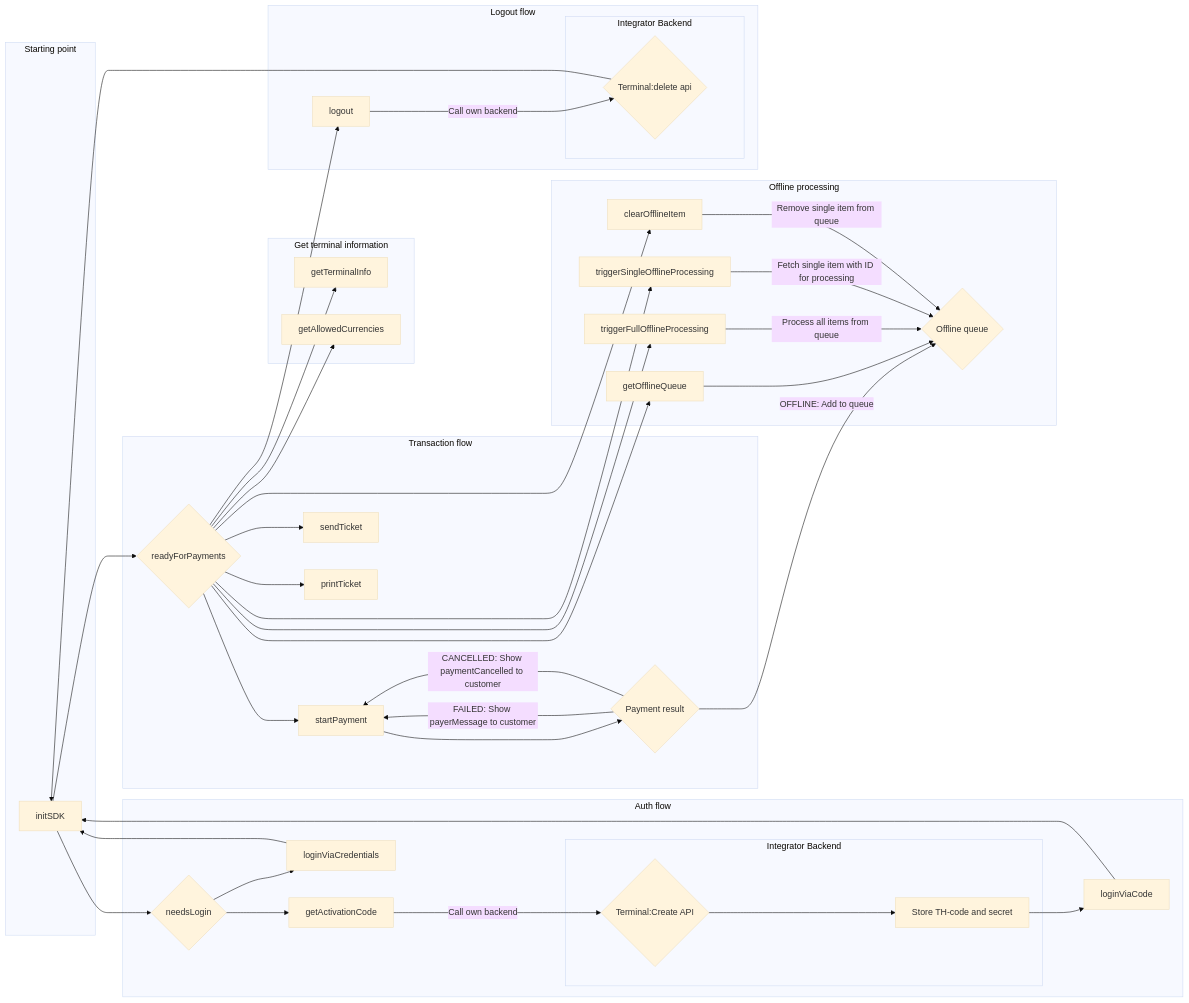
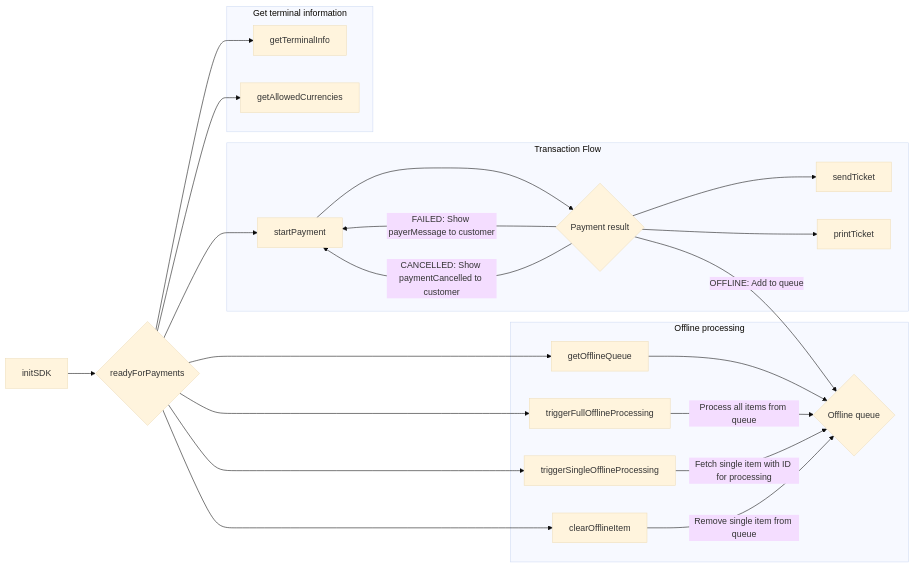
One commit to paynl/POS.SDK changed the second of 3 diagrams in docs/sdk-android-pax.md. Above: the diagram before and after it, drawn with Mermaid (base theme). The commit also changed other lines of this file and 4 other files, not shown here.

````diff
--- a/docs/sdk-android-pax.md
+++ b/docs/sdk-android-pax.md
@@ -115,54 +153,42 @@
 ```mermaid
 flowchart LR;
-  subgraph Starting point
   A[initSDK]
-  end
- 
-  subgraph Auth flow
-  A --> M{needsLogin}
-  M --> C[getActivationCode]
-  C --> |Call own backend| D{Terminal:Create API}
-  subgraph Integrator Backend
-        D --> D2[Store TH-code and secret]
-  end
-  D2 --> E[loginViaCode]
-  E --> A
-  M --> G[loginViaCredentials]
-  G --> A
-  end
-  
-  subgraph Transaction flow
-  A --> B{readyForPayments}
-  B --> F[startPayment]
-  F --> H{Payment result}
-  B --> N[sendTicket]
-  B --> T[printTicket]
-  H --> |FAILED: Show payerMessage to customer| F
-  H --> |CANCELLED: Show paymentCancelled to customer| F
+  B{readyForPayments}
+  A-->B
+  B --> I
+  B --> J
+  B --> P
+  B --> Q
+  B --> R
+  B --> S
+  B --> F
+
+
+
+  subgraph Transaction Flow
+    F[startPayment]
+    F --> H{Payment result}
+    H --> N[sendTicket]
+    H --> T[printTicket]
+
+    H --> |FAILED: Show payerMessage to customer| F
+    H --> |CANCELLED: Show paymentCancelled to customer| F
   end
 
   subgraph Get terminal information
-  B --> I[getTerminalInfo]
-  B --> J[getAllowedCurrencies]
+    I[getTerminalInfo]
+    J[getAllowedCurrencies]
   end
 
   subgraph Offline processing
-  H -->|OFFLINE: Add to queue| O{Offline queue}
-  B --> P[getOfflineQueue]
-  P --> O
-  B --> Q[triggerFullOfflineProcessing]
-  Q -->|Process all items from queue| O
-  B --> R[triggerSingleOfflineProcessing]
-  R -->|Fetch single item with ID for processing| O
-  B --> S[clearOfflineItem]
-  S -->|Remove single item from queue| O
-  end
-  
-  subgraph Logout flow
-  B --> K[logout]
-  K --> |Call own backend| L{Terminal:delete api}
-  subgraph Integrator Backend
-        L --> A
-  end
+    H -->|OFFLINE: Add to queue| O{Offline queue}
+    P[getOfflineQueue]
+    P --> O
+    Q[triggerFullOfflineProcessing]
+    Q -->|Process all items from queue| O
+    R[triggerSingleOfflineProcessing]
+    R -->|Fetch single item with ID for processing| O
+    S[clearOfflineItem]
+    S -->|Remove single item from queue| O
   end
 ```
````
